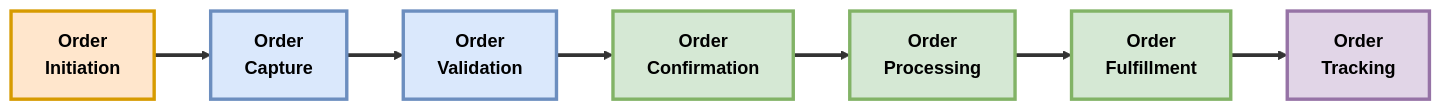
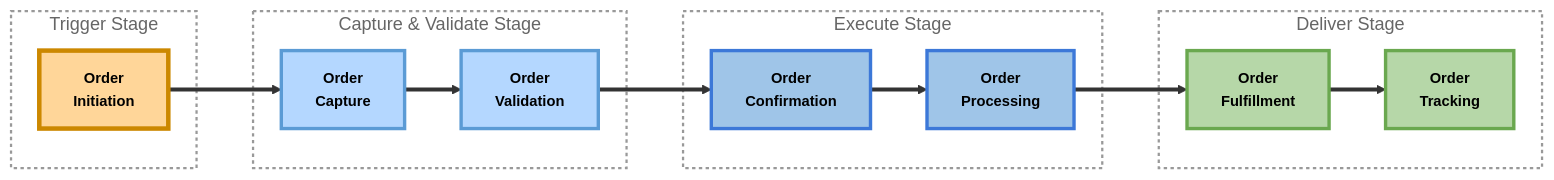
Before and after one commit to Evilazaro/Azure-LogicApps-Monitoring: the second of 4 diagrams in docs/architecture/01-business-architecture.md, drawn with Mermaid. The commit also changed other lines of this file, not shown here.

Commit message:
Refactor order lifecycle and telemetry monitoring diagrams for improved clarity and organization

````diff
--- a/docs/architecture/01-business-architecture.md
+++ b/docs/architecture/01-business-architecture.md
@@ -158,27 +158,46 @@
 ```mermaid
 flowchart LR
-    Initiate["Order<br/>Initiation"]
-    Capture["Order<br/>Capture"]
-    Validate["Order<br/>Validation"]
-    Confirm["Order<br/>Confirmation"]
-    Process["Order<br/>Processing"]
-    Fulfill["Order<br/>Fulfillment"]
-    Track["Order<br/>Tracking"]
+    subgraph Trigger["Trigger Stage"]
+        Initiate["Order<br/>Initiation"]
+    end
 
-    Initiate ==> Capture
-    Capture ==> Validate
-    Validate ==> Confirm
+    subgraph Capture["Capture & Validate Stage"]
+        CaptureData["Order<br/>Capture"]
+        ValidateData["Order<br/>Validation"]
+    end
+
+    subgraph Execute["Execute Stage"]
+        Confirm["Order<br/>Confirmation"]
+        Process["Order<br/>Processing"]
+    end
+
+    subgraph Deliver["Deliver Stage"]
+        Fulfill["Order<br/>Fulfillment"]
+        Track["Order<br/>Tracking"]
+    end
+
+    Initiate ==> CaptureData
+    CaptureData ==> ValidateData
+    ValidateData ==> Confirm
     Confirm ==> Process
     Process ==> Fulfill
     Fulfill ==> Track
 
-    classDef initiateStyle fill:#FFE6CC,stroke:#D79B00,stroke-width:3px,color:#000,font-weight:bold
-    classDef captureStyle fill:#DAE8FC,stroke:#6C8EBF,stroke-width:3px,color:#000,font-weight:bold
-    classDef processStyle fill:#D5E8D4,stroke:#82B366,stroke-width:3px,color:#000,font-weight:bold
-    classDef completeStyle fill:#E1D5E7,stroke:#9673A6,stroke-width:3px,color:#000,font-weight:bold
+    %% TOGAF BDAT Value Stream Color Progression
+    %% Warm (amber/orange) -> Cool (blue) -> Success (green)
+    %% Represents: Initiation -> Validation -> Execution -> Delivery
 
-    class Initiate initiateStyle
-    class Capture,Validate captureStyle
-    class Confirm,Process,Fulfill processStyle
-    class Track completeStyle
+    classDef triggerStyle fill:#FFD699,stroke:#CC8800,stroke-width:4px,color:#000,font-weight:bold,font-size:13px
+    classDef captureStyle fill:#B4D7FF,stroke:#5B9BD5,stroke-width:3px,color:#000,font-weight:bold,font-size:13px
+    classDef executeStyle fill:#9FC5E8,stroke:#3C78D8,stroke-width:3px,color:#000,font-weight:bold,font-size:13px
+    classDef deliverStyle fill:#B6D7A8,stroke:#6AA84F,stroke-width:3px,color:#000,font-weight:bold,font-size:13px
+
+    classDef stageGroup fill:#FFFFFF,stroke:#999999,stroke-width:2px,stroke-dasharray:3 3,color:#666666
+
+    class Initiate triggerStyle
+    class CaptureData,ValidateData captureStyle
+    class Confirm,Process executeStyle
+    class Fulfill,Track deliverStyle
+
+    class Trigger,Capture,Execute,Deliver stageGroup
 ```
````
